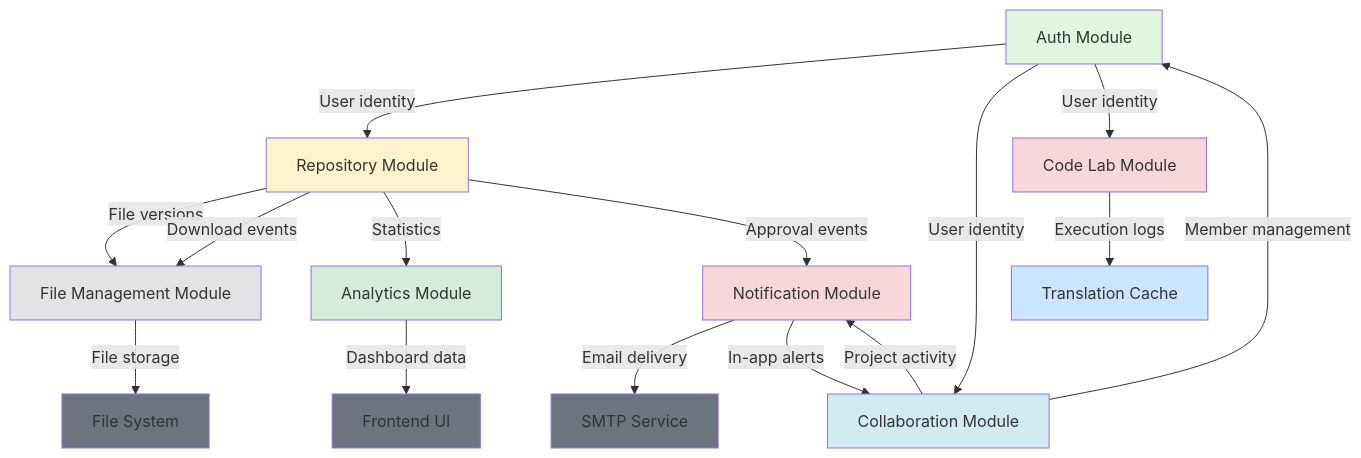
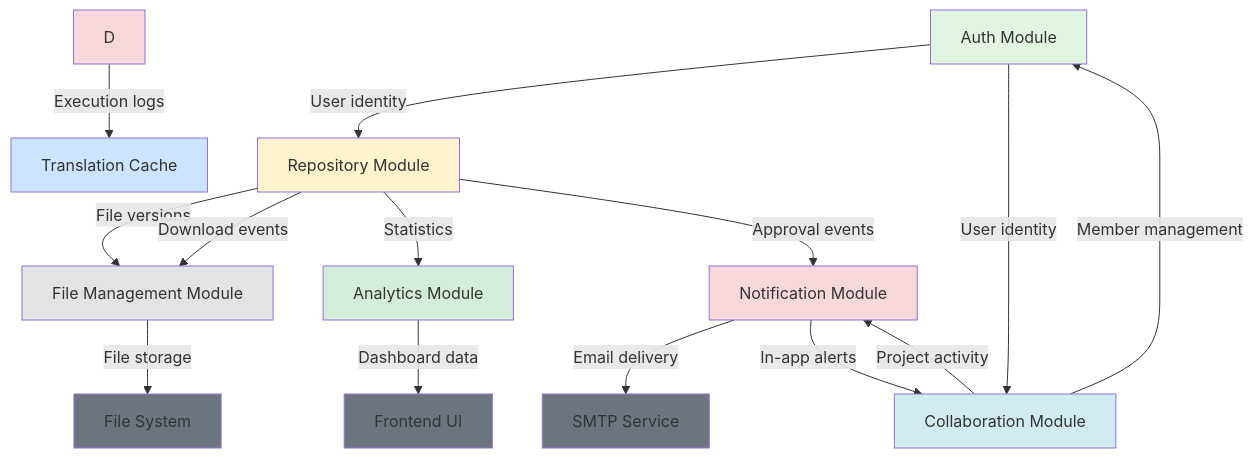
Before and after one commit to vinxe94/SaliksikLab: the second of 2 diagrams in README.md, drawn with Mermaid. The commit also changed other lines of this file and 60 other files, not shown here.

````diff
--- a/README.md
+++ b/README.md
@@ -2983,35 +2682,34 @@
 ```mermaid
 graph TD
     A[Auth Module] -->|User identity| B[Repository Module]
     A -->|User identity| C[Collaboration Module]
-    A -->|User identity| D[Code Lab Module]
     
     B -->|File versions| E[File Management Module]
     B -->|Download events| E
     B -->|Statistics| F[Analytics Module]
     B -->|Approval events| G[Notification Module]
     
     C -->|Project activity| G
     C -->|Member management| A
     
     D -->|Execution logs| H[Translation Cache]
     
     E -->|File storage| I[File System]
     
     G -->|Email delivery| J[SMTP Service]
     G -->|In-app alerts| C
     
     F -->|Dashboard data| K[Frontend UI]
     
     style A fill:#e1f5e1
     style B fill:#fff3cd
     style C fill:#d1ecf1
     style D fill:#f8d7da
     style E fill:#e2e3e5
     style F fill:#d4edda
     style G fill:#f8d7da
     style H fill:#cce5ff
     style I fill:#6c757d
     style J fill:#6c757d
     style K fill:#6c757d
 ```
````
